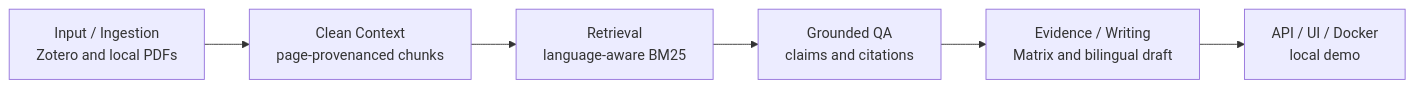
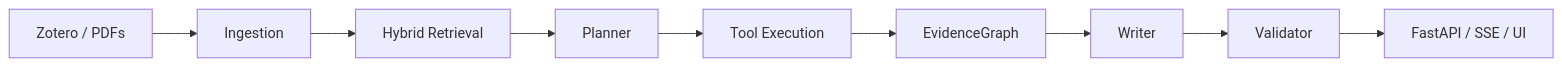
One commit to jun346105-art/research-literature-workflow changed the first of 2 diagrams in README.md. Above: the diagram before and after it, drawn with Mermaid. The commit also changed other lines of this file and 2 other files, not shown here.

````diff
--- a/README.md
+++ b/README.md
@@ -72,8 +46,11 @@
 ```mermaid
 flowchart LR
-  A[Input / Ingestion<br/>Zotero and local PDFs] --> B[Clean Context<br/>page-provenanced chunks]
-  B --> C[Retrieval<br/>language-aware BM25]
-  C --> D[Grounded QA<br/>claims and citations]
-  D --> E[Evidence / Writing<br/>Matrix and bilingual draft]
-  E --> F[API / UI / Docker<br/>local demo]
+  A[Zotero / PDFs] --> B[Ingestion]
+  B --> C[Hybrid Retrieval]
+  C --> D[Planner]
+  D --> E[Tool Execution]
+  E --> F[EvidenceGraph]
+  F --> G[Writer]
+  G --> H[Validator]
+  H --> I[FastAPI / SSE / UI]
 ```
````
